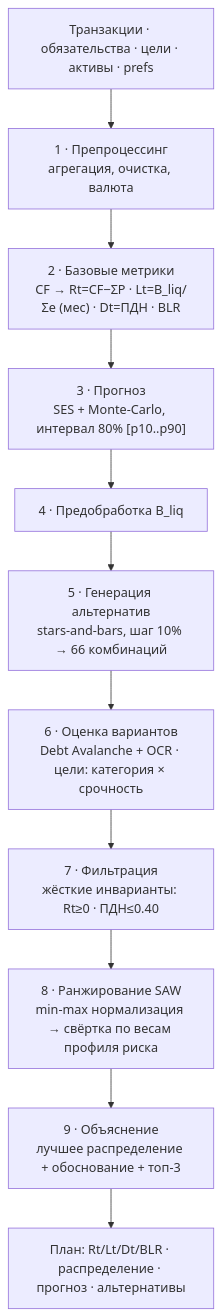
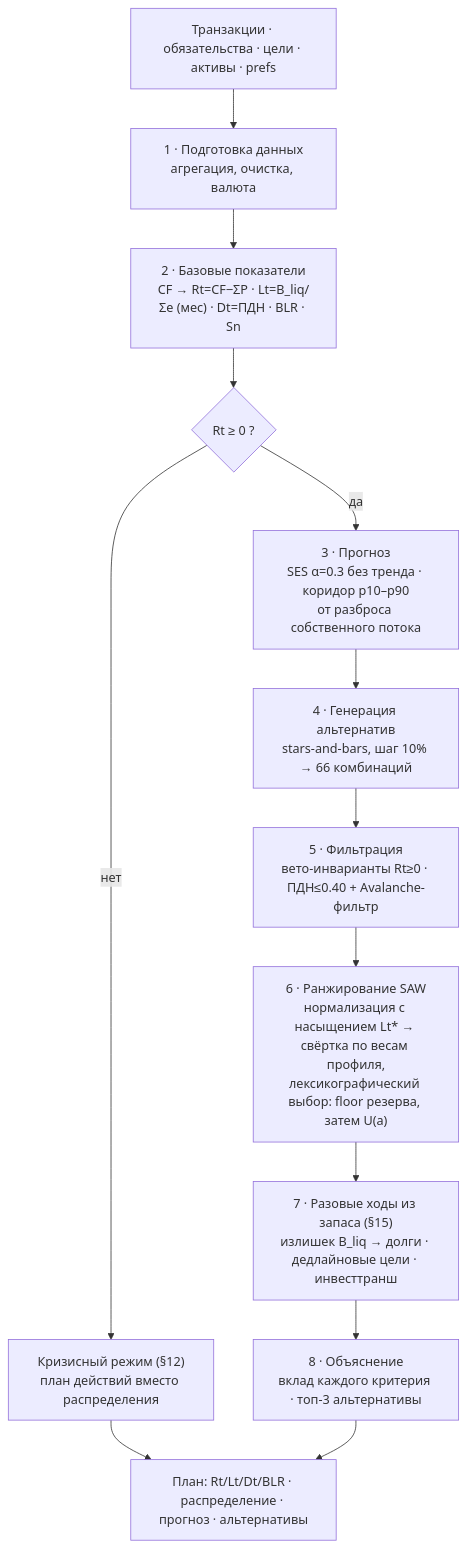
Before and after one commit to vevdokimovm/personal-finance-dss: the second of 2 diagrams in README.md, drawn with Mermaid. The commit also changed other lines of this file and 59 other files, not shown here.

Commit message:
personal-finance-dss v9.13.3 — ВЛ-29 закрыт: гейты судят по публикуемому контуру, блокирующие джобы CI зелёные, README и диаграммы приведены к коду

````diff
--- a/README.md
+++ b/README.md
@@ -141,17 +153,20 @@
 ```mermaid
 flowchart TD
     In["Транзакции · обязательства · цели · активы · prefs"]
 
-    S1["1 · Препроцессинг<br/>агрегация, очистка, валюта"]
-    S2["2 · Базовые метрики<br/>CF → Rt=CF−ΣP · Lt=B_liq/Σe (мес) · Dt=ПДН · BLR"]
-    S3["3 · Прогноз<br/>SES + Monte-Carlo, интервал 80% [p10..p90]"]
-    S4["4 · Предобработка B_liq"]
-    S5["5 · Генерация альтернатив<br/>stars-and-bars, шаг 10% → 66 комбинаций"]
-    S6["6 · Оценка вариантов<br/>Debt Avalanche + OCR · цели: категория × срочность"]
-    S7["7 · Фильтрация<br/>жёсткие инварианты: Rt≥0 · ПДН≤0.40"]
-    S8["8 · Ранжирование SAW<br/>min-max нормализация → свёртка по весам профиля риска"]
-    S9["9 · Объяснение<br/>лучшее распределение + обоснование + топ-3"]
+    S1["1 · Подготовка данных<br/>агрегация, очистка, валюта"]
+    S2["2 · Базовые показатели<br/>CF → Rt=CF−ΣP · Lt=B_liq/Σe (мес) · Dt=ПДН · BLR · Sn"]
+    Crisis{"Rt ≥ 0 ?"}
+    CR["Кризисный режим (§12)<br/>план действий вместо распределения"]
+    S3["3 · Прогноз<br/>SES α=0.3 без тренда · коридор p10–p90<br/>от разброса собственного потока"]
+    S4["4 · Генерация альтернатив<br/>stars-and-bars, шаг 10% → 66 комбинаций"]
+    S5["5 · Фильтрация<br/>вето-инварианты Rt≥0 · ПДН≤0.40 + Avalanche-фильтр"]
+    S6["6 · Ранжирование SAW<br/>нормализация с насыщением Lt* → свёртка по весам профиля,<br/>лексикографический выбор: floor резерва, затем U(a)"]
+    S7["7 · Разовые ходы из запаса (§15)<br/>излишек B_liq → долги · дедлайновые цели · инвесттранш"]
+    S8["8 · Объяснение<br/>вклад каждого критерия · топ-3 альтернативы"]
     Out["План: Rt/Lt/Dt/BLR · распределение · прогноз · альтернативы"]
 
-    In --> S1 --> S2 --> S3 --> S4 --> S5 --> S6 --> S7 --> S8 --> S9 --> Out
+    In --> S1 --> S2 --> Crisis
+    Crisis -- "нет" --> CR --> Out
+    Crisis -- "да" --> S3 --> S4 --> S5 --> S6 --> S7 --> S8 --> Out
 ```
````
